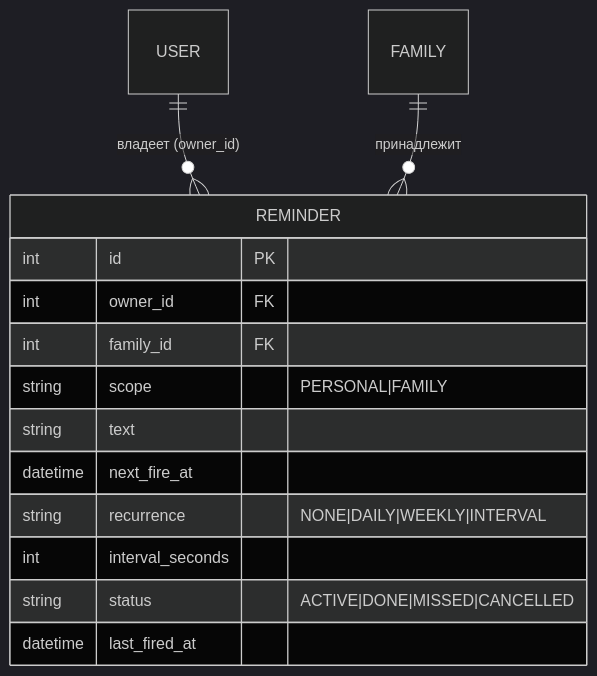
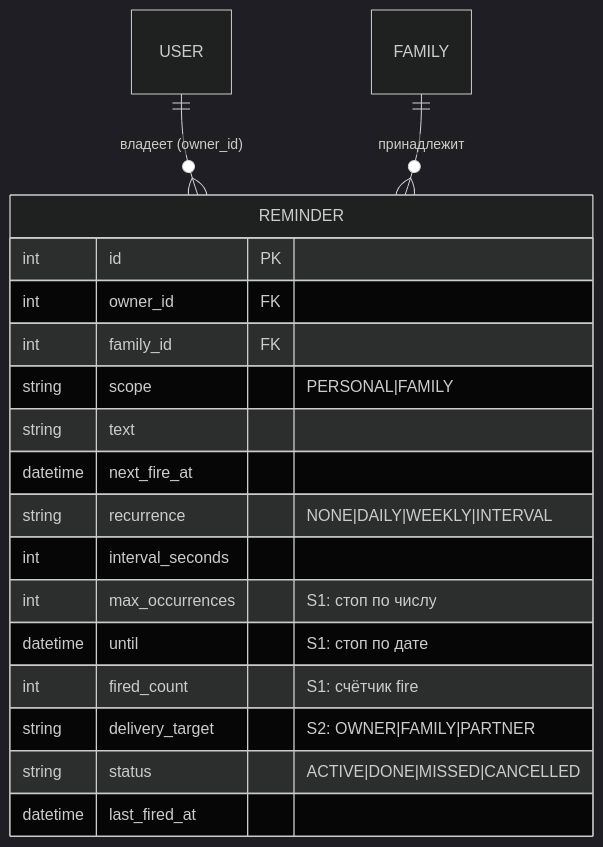
One commit to SkeiLeinux/Assistent_bot changed the first of 2 diagrams in docs/04_specs/spec-reminders.md. Above: the diagram before and after it, drawn with Mermaid (dark theme). The commit also changed other lines of this file and 43 other files, not shown here.

````diff
--- a/docs/04_specs/spec-reminders.md
+++ b/docs/04_specs/spec-reminders.md
@@ -59,18 +67,22 @@
 ```mermaid
 erDiagram
   USER ||--o{ REMINDER : "владеет (owner_id)"
   FAMILY ||--o{ REMINDER : "принадлежит"
 
   REMINDER {
     int id PK
     int owner_id FK
     int family_id FK
     string scope "PERSONAL|FAMILY"
     string text
     datetime next_fire_at
     string recurrence "NONE|DAILY|WEEKLY|INTERVAL"
     int interval_seconds
+    int max_occurrences "S1: стоп по числу"
+    datetime until "S1: стоп по дате"
+    int fired_count "S1: счётчик fire"
+    string delivery_target "S2: OWNER|FAMILY|PARTNER"
     string status "ACTIVE|DONE|MISSED|CANCELLED"
     datetime last_fired_at
   }
 ```
````
